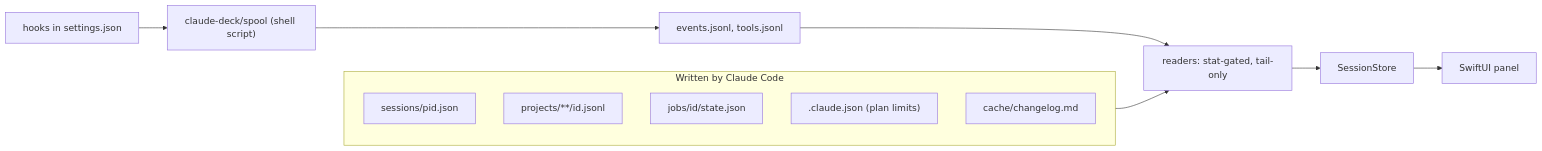
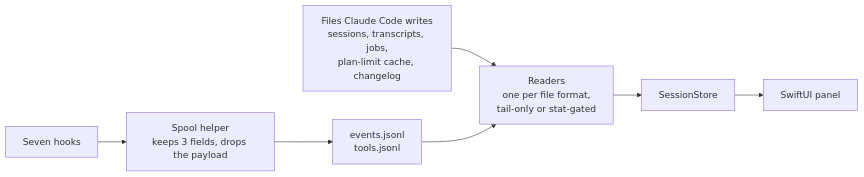
One commit to matuskalis/claude-deck changed the diagram in README.md. Above: the diagram before and after it, drawn with Mermaid. The commit also changed other lines of this file and 2 other files, not shown here.

Commit message:
docs: a compact diagram, exact test numbers, and what removal guarantees
- the README diagram is two inputs (files, and hooks through a helper that
  keeps three fields) instead of a row of nine boxes
- test and build numbers updated to the final counts
- Remove's guarantee is stated as tested: byte for byte in the usual layouts,
  lossless in every layout, with the leftovers named

````diff
--- a/README.md
+++ b/README.md
@@ -56,15 +56,6 @@
 ```mermaid
 flowchart LR
-    subgraph disk["Written by Claude Code"]
-        sessions["sessions/pid.json"]
-        transcripts["projects/**/id.jsonl"]
-        jobs["jobs/id/state.json"]
-        limits[".claude.json (plan limits)"]
-        changelog["cache/changelog.md"]
-    end
-    hooks["hooks in settings.json"] --> helper["claude-deck/spool (shell script)"]
-    helper --> spools["events.jsonl, tools.jsonl"]
-    disk --> readers["readers: stat-gated, tail-only"]
-    spools --> readers
-    readers --> store["SessionStore"] --> panel["SwiftUI panel"]
+    files["Files Claude Code writes<br/>sessions, transcripts, jobs,<br/>plan-limit cache, changelog"] --> readers
+    hooks["Seven hooks"] --> helper["Spool helper<br/>keeps 3 fields, drops the payload"] --> spool["events.jsonl<br/>tools.jsonl"] --> readers
+    readers["Readers<br/>one per file format,<br/>tail-only or stat-gated"] --> store["SessionStore"] --> panel["SwiftUI panel"]
 ```
````
